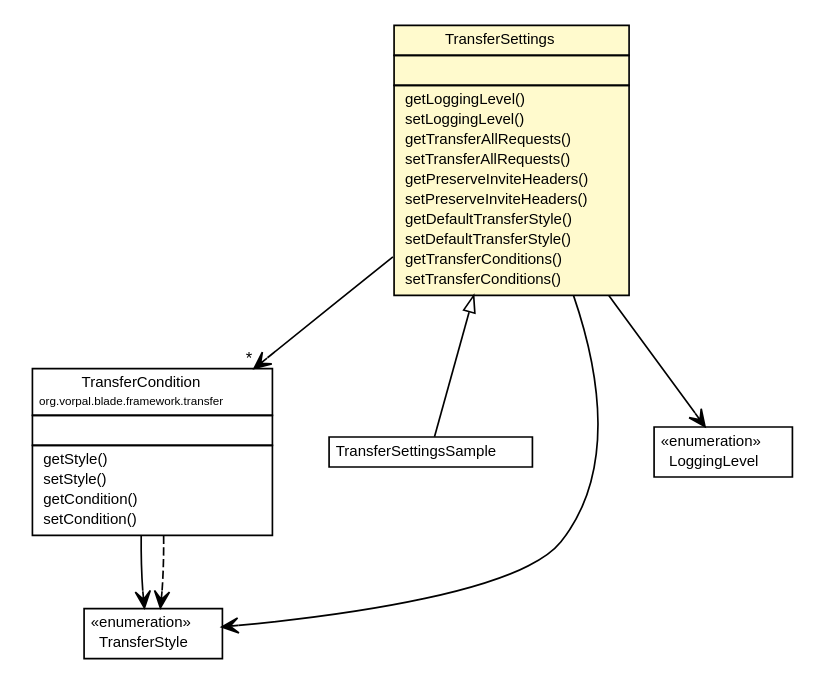
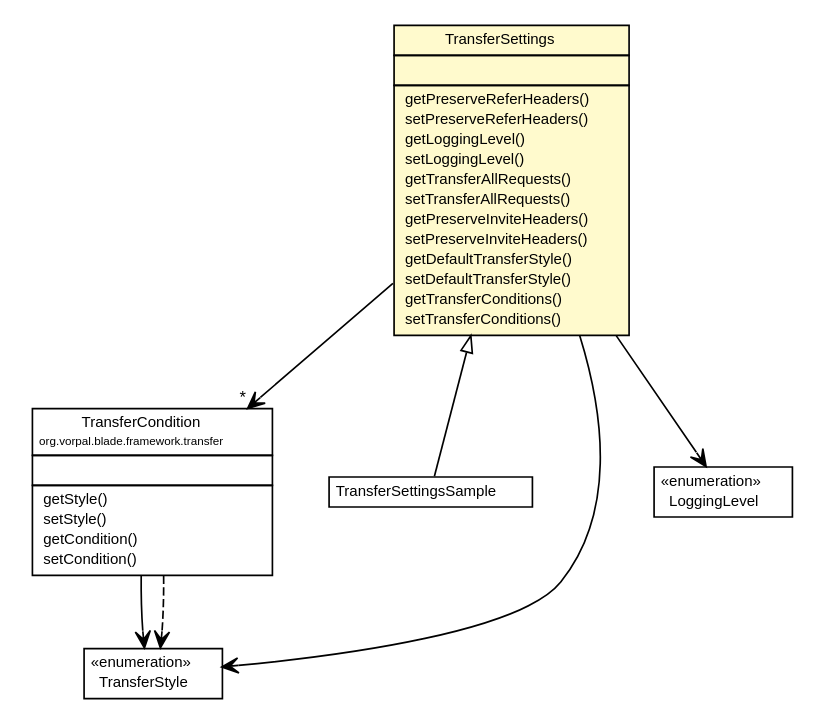
The diagram in blade/vorpal-blade-transfer/org/vorpal/blade/services/transfer/TransferSettings.dot (vorpalnet/vorpalnet.github.io), drawn with Graphviz before and after one commit. The commit also changed 915 other files, not shown here.

```diff
--- a/blade/vorpal-blade-transfer/org/vorpal/blade/services/transfer/TransferSettings.dot
+++ b/blade/vorpal-blade-transfer/org/vorpal/blade/services/transfer/TransferSettings.dot
@@ -1,81 +1,83 @@
 #!/usr/local/bin/dot
 #
 # Class diagram 
 # Generated by UMLGraph version 5.2 (http://www.umlgraph.org/)
 #
 
 digraph G {
 	edge [fontname="Helvetica",fontsize=10,labelfontname="Helvetica",labelfontsize=10];
 	node [fontname="Helvetica",fontsize=10,shape=plaintext];
 	nodesep=0.25;
 	ranksep=0.5;
 	// org.vorpal.blade.framework.transfer.TransferCondition
-	c158 [label=<<table title="org.vorpal.blade.framework.transfer.TransferCondition" border="0" cellborder="1" cellspacing="0" cellpadding="2" port="p" href="../../framework/transfer/TransferCondition.html">
+	c183 [label=<<table title="org.vorpal.blade.framework.transfer.TransferCondition" border="0" cellborder="1" cellspacing="0" cellpadding="2" port="p" href="../../framework/transfer/TransferCondition.html">
 		<tr><td><table border="0" cellspacing="0" cellpadding="1">
 <tr><td align="center" balign="center"> TransferCondition </td></tr>
 <tr><td align="center" balign="center"><font point-size="7.0"> org.vorpal.blade.framework.transfer </font></td></tr>
 		</table></td></tr>
 		<tr><td><table border="0" cellspacing="0" cellpadding="1">
 <tr><td align="left" balign="left">  </td></tr>
 		</table></td></tr>
 		<tr><td><table border="0" cellspacing="0" cellpadding="1">
 <tr><td align="left" balign="left">  getStyle() </td></tr>
 <tr><td align="left" balign="left">  setStyle() </td></tr>
 <tr><td align="left" balign="left">  getCondition() </td></tr>
 <tr><td align="left" balign="left">  setCondition() </td></tr>
 		</table></td></tr>
 		</table>>, fontname="Helvetica", fontcolor="black", fontsize=9.0];
 	// org.vorpal.blade.services.transfer.TransferSettingsSample
-	c159 [label=<<table title="org.vorpal.blade.services.transfer.TransferSettingsSample" border="0" cellborder="1" cellspacing="0" cellpadding="2" port="p" href="./TransferSettingsSample.html">
+	c185 [label=<<table title="org.vorpal.blade.services.transfer.TransferSettingsSample" border="0" cellborder="1" cellspacing="0" cellpadding="2" port="p" href="./TransferSettingsSample.html">
 		<tr><td><table border="0" cellspacing="0" cellpadding="1">
 <tr><td align="center" balign="center"> TransferSettingsSample </td></tr>
 		</table></td></tr>
 		</table>>, fontname="Helvetica", fontcolor="black", fontsize=9.0];
 	// org.vorpal.blade.services.transfer.TransferSettings
-	c160 [label=<<table title="org.vorpal.blade.services.transfer.TransferSettings" border="0" cellborder="1" cellspacing="0" cellpadding="2" port="p" bgcolor="lemonChiffon" href="./TransferSettings.html">
+	c186 [label=<<table title="org.vorpal.blade.services.transfer.TransferSettings" border="0" cellborder="1" cellspacing="0" cellpadding="2" port="p" bgcolor="lemonChiffon" href="./TransferSettings.html">
 		<tr><td><table border="0" cellspacing="0" cellpadding="1">
 <tr><td align="center" balign="center"> TransferSettings </td></tr>
 		</table></td></tr>
 		<tr><td><table border="0" cellspacing="0" cellpadding="1">
 <tr><td align="left" balign="left">  </td></tr>
 		</table></td></tr>
 		<tr><td><table border="0" cellspacing="0" cellpadding="1">
+<tr><td align="left" balign="left">  getPreserveReferHeaders() </td></tr>
+<tr><td align="left" balign="left">  setPreserveReferHeaders() </td></tr>
 <tr><td align="left" balign="left">  getLoggingLevel() </td></tr>
 <tr><td align="left" balign="left">  setLoggingLevel() </td></tr>
 <tr><td align="left" balign="left">  getTransferAllRequests() </td></tr>
 <tr><td align="left" balign="left">  setTransferAllRequests() </td></tr>
 <tr><td align="left" balign="left">  getPreserveInviteHeaders() </td></tr>
 <tr><td align="left" balign="left">  setPreserveInviteHeaders() </td></tr>
 <tr><td align="left" balign="left">  getDefaultTransferStyle() </td></tr>
 <tr><td align="left" balign="left">  setDefaultTransferStyle() </td></tr>
 <tr><td align="left" balign="left">  getTransferConditions() </td></tr>
 <tr><td align="left" balign="left">  setTransferConditions() </td></tr>
 		</table></td></tr>
 		</table>>, fontname="Helvetica", fontcolor="black", fontsize=9.0];
 	// org.vorpal.blade.services.transfer.TransferSettings.TransferStyle
-	c161 [label=<<table title="org.vorpal.blade.services.transfer.TransferSettings.TransferStyle" border="0" cellborder="1" cellspacing="0" cellpadding="2" port="p" href="./TransferSettings.TransferStyle.html">
+	c187 [label=<<table title="org.vorpal.blade.services.transfer.TransferSettings.TransferStyle" border="0" cellborder="1" cellspacing="0" cellpadding="2" port="p" href="./TransferSettings.TransferStyle.html">
 		<tr><td><table border="0" cellspacing="0" cellpadding="1">
 <tr><td align="center" balign="center"> &#171;enumeration&#187; </td></tr>
 <tr><td align="center" balign="center"> TransferStyle </td></tr>
 		</table></td></tr>
 		</table>>, fontname="Helvetica", fontcolor="black", fontsize=9.0];
 	// org.vorpal.blade.services.transfer.TransferSettings.LoggingLevel
-	c162 [label=<<table title="org.vorpal.blade.services.transfer.TransferSettings.LoggingLevel" border="0" cellborder="1" cellspacing="0" cellpadding="2" port="p" href="./TransferSettings.LoggingLevel.html">
+	c188 [label=<<table title="org.vorpal.blade.services.transfer.TransferSettings.LoggingLevel" border="0" cellborder="1" cellspacing="0" cellpadding="2" port="p" href="./TransferSettings.LoggingLevel.html">
 		<tr><td><table border="0" cellspacing="0" cellpadding="1">
 <tr><td align="center" balign="center"> &#171;enumeration&#187; </td></tr>
 <tr><td align="center" balign="center"> LoggingLevel </td></tr>
 		</table></td></tr>
 		</table>>, fontname="Helvetica", fontcolor="black", fontsize=9.0];
 	//org.vorpal.blade.services.transfer.TransferSettingsSample extends org.vorpal.blade.services.transfer.TransferSettings
-	c160:p -> c159:p [dir=back,arrowtail=empty];
+	c186:p -> c185:p [dir=back,arrowtail=empty];
 	// org.vorpal.blade.framework.transfer.TransferCondition NAVASSOC org.vorpal.blade.services.transfer.TransferSettings.TransferStyle
-	c158:p -> c161:p [taillabel="", label="", headlabel="", fontname="Helvetica", fontcolor="black", fontsize=10.0, color="black", arrowhead=open];
+	c183:p -> c187:p [taillabel="", label="", headlabel="", fontname="Helvetica", fontcolor="black", fontsize=10.0, color="black", arrowhead=open];
 	// org.vorpal.blade.services.transfer.TransferSettings NAVASSOC org.vorpal.blade.services.transfer.TransferSettings.LoggingLevel
-	c160:p -> c162:p [taillabel="", label="", headlabel="", fontname="Helvetica", fontcolor="black", fontsize=10.0, color="black", arrowhead=open];
+	c186:p -> c188:p [taillabel="", label="", headlabel="", fontname="Helvetica", fontcolor="black", fontsize=10.0, color="black", arrowhead=open];
 	// org.vorpal.blade.services.transfer.TransferSettings NAVASSOC org.vorpal.blade.services.transfer.TransferSettings.TransferStyle
-	c160:p -> c161:p [taillabel="", label="", headlabel="", fontname="Helvetica", fontcolor="black", fontsize=10.0, color="black", arrowhead=open];
+	c186:p -> c187:p [taillabel="", label="", headlabel="", fontname="Helvetica", fontcolor="black", fontsize=10.0, color="black", arrowhead=open];
 	// org.vorpal.blade.services.transfer.TransferSettings NAVASSOC org.vorpal.blade.framework.transfer.TransferCondition
-	c160:p -> c158:p [taillabel="", label="", headlabel="*", fontname="Helvetica", fontcolor="black", fontsize=10.0, color="black", arrowhead=open];
+	c186:p -> c183:p [taillabel="", label="", headlabel="*", fontname="Helvetica", fontcolor="black", fontsize=10.0, color="black", arrowhead=open];
 	// org.vorpal.blade.framework.transfer.TransferCondition DEPEND org.vorpal.blade.services.transfer.TransferSettings.TransferStyle
-	c158:p -> c161:p [taillabel="", label="", headlabel="", fontname="Helvetica", fontcolor="black", fontsize=10.0, color="black", arrowhead=open, style=dashed];
+	c183:p -> c187:p [taillabel="", label="", headlabel="", fontname="Helvetica", fontcolor="black", fontsize=10.0, color="black", arrowhead=open, style=dashed];
 }
```
